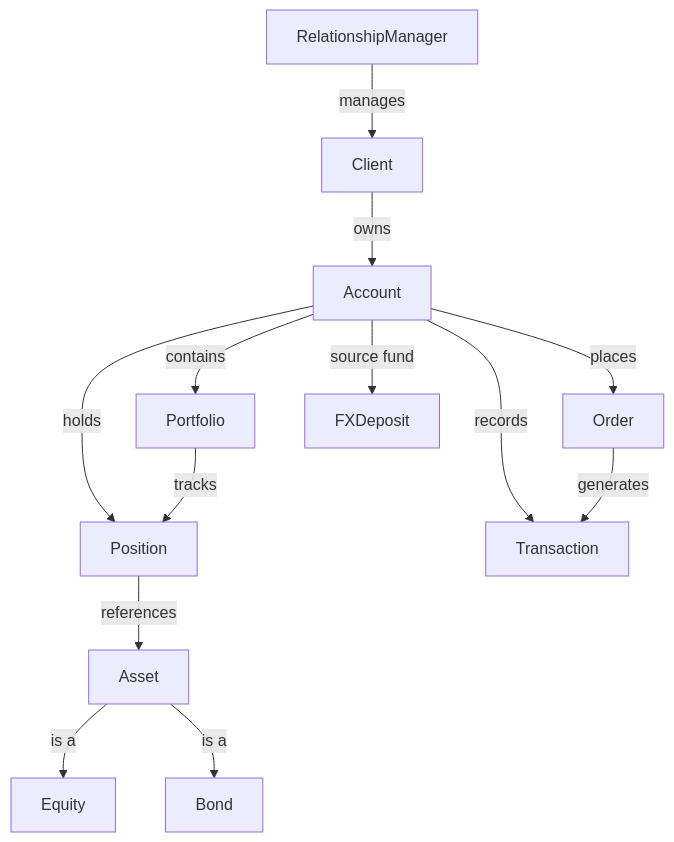
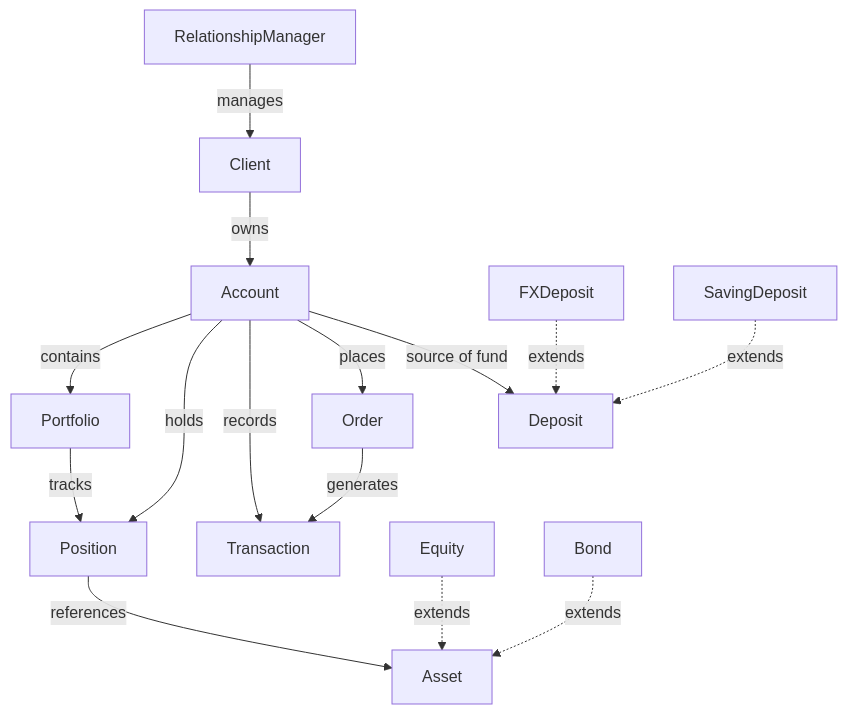
One commit to vahalla-wealth/investment-data changed the first of 2 diagrams in docs/02-bank-data-specification-equity-bond.md. Above: the diagram before and after it, drawn with Mermaid.

Commit message:
update entity relationship diagram to use extension notation for asset subtypes and deposit subtypes, change account-deposit relationship label from 'source fund' to 'source of fund'

````diff
--- a/docs/02-bank-data-specification-equity-bond.md
+++ b/docs/02-bank-data-specification-equity-bond.md
@@ -43,15 +43,17 @@
 ```mermaid
 graph TD
     RelationshipManager -->|manages| Client
     Client -->|owns| Account
     Account -->|contains| Portfolio
     Account -->|holds| Position
     Account -->|records| Transaction
     Account -->|places| Order
-    Account -->|source fund| FXDeposit
+    Account -->|source of fund| Deposit
+    FXDeposit -.->|extends| Deposit
+    SavingDeposit -.->|extends| Deposit
     Portfolio -->|tracks| Position
     Order -->|generates| Transaction
     Position -->|references| Asset
-    Asset -->|is a| Equity
-    Asset -->|is a| Bond
+    Equity -.->|extends| Asset
+    Bond -.->|extends| Asset
 ```
````
